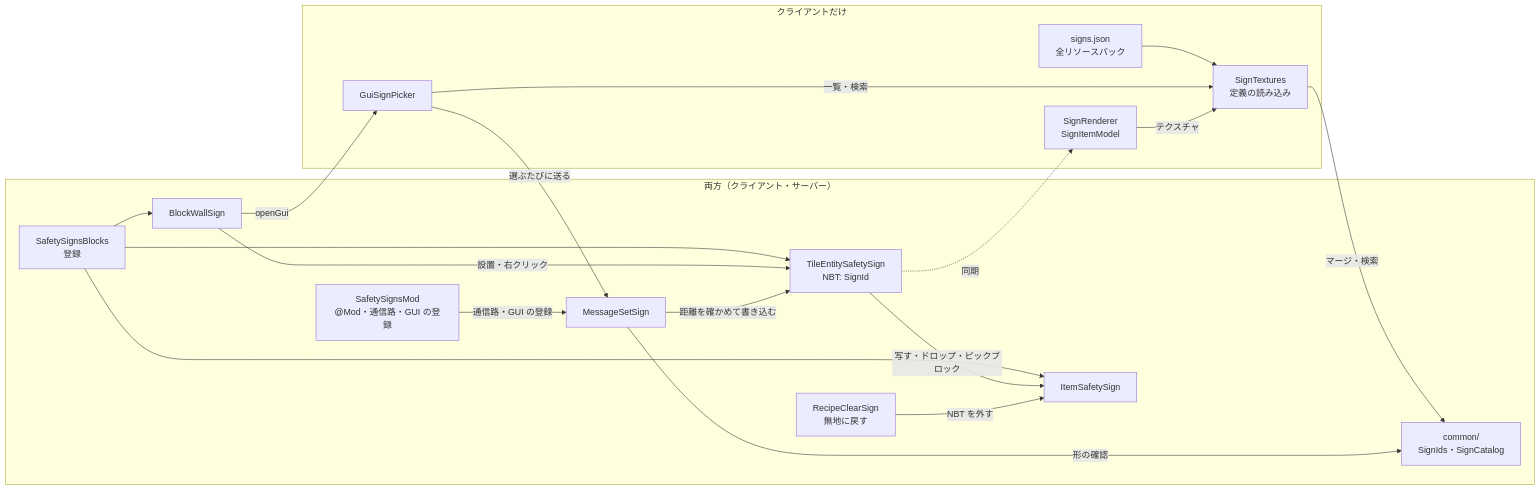
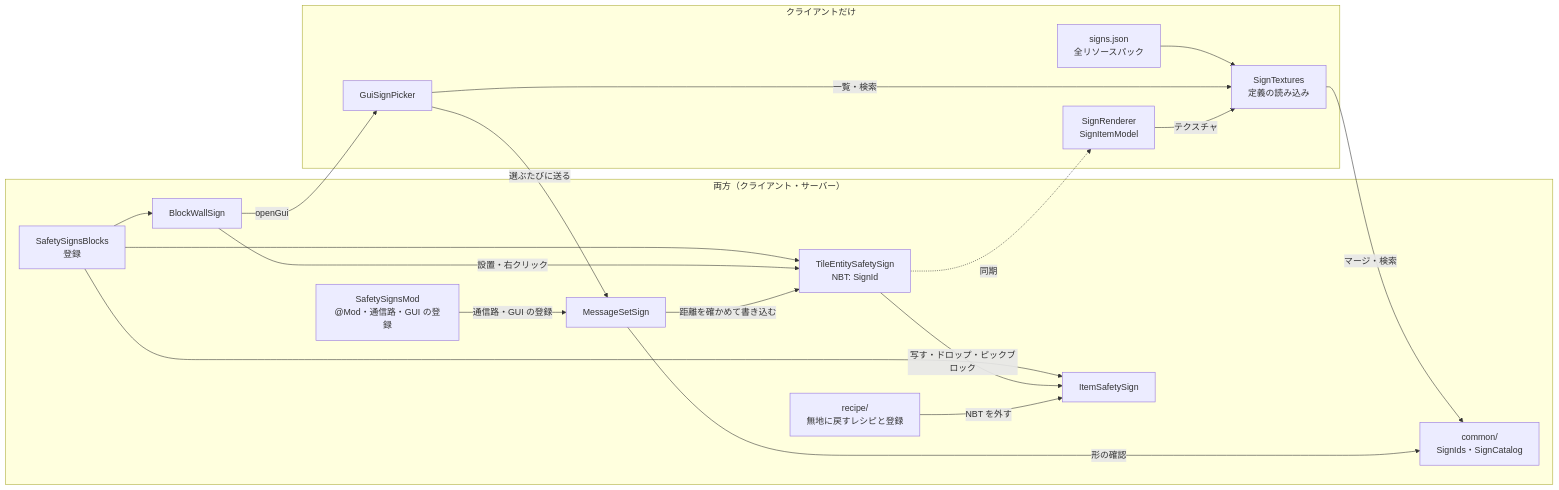
One commit to zeusisgood/safetysigns changed the first of 2 diagrams in doc/architecture.md. Above: the diagram before and after it, drawn with Mermaid. The commit also changed 1 other file, not shown here.

Commit message:
Update diagrams for the empty-hand path and the recipe package
Claude-Session: https://claude.ai/code/session_015J4nBUDFnxmCaAcptkWtHY

````diff
--- a/doc/architecture.md
+++ b/doc/architecture.md
@@ -29,35 +29,35 @@
 ```mermaid
 flowchart LR
     subgraph Both["両方（クライアント・サーバー）"]
         Mod["SafetySignsMod<br/>@Mod・通信路・GUI の登録"]
         Reg["SafetySignsBlocks<br/>登録"]
         Block["BlockWallSign"]
         Item["ItemSafetySign"]
         TE["TileEntitySafetySign<br/>NBT: SignId"]
         Msg["MessageSetSign"]
         Common["common/<br/>SignIds・SignCatalog"]
-        Recipe["RecipeClearSign<br/>無地に戻す"]
+        Recipe["recipe/<br/>無地に戻すレシピと登録"]
     end
     subgraph Client["クライアントだけ"]
         Tex["SignTextures<br/>定義の読み込み"]
         Json["signs.json<br/>全リソースパック"]
         Render["SignRenderer<br/>SignItemModel"]
         Gui["GuiSignPicker"]
     end
     Mod -- 通信路・GUI の登録 --> Msg
     Reg --> Block
     Reg --> Item
     Reg --> TE
     Block -- 設置・右クリック --> TE
     TE -- 写す・ドロップ・ピックブロック --> Item
     Recipe -- NBT を外す --> Item
     Block -- openGui --> Gui
     Json --> Tex
     Tex -- マージ・検索 --> Common
     Gui -- 一覧・検索 --> Tex
     Gui -- 選ぶたびに送る --> Msg
     Msg -- 形の確認 --> Common
     Msg -- 距離を確かめて書き込む --> TE
     TE -. 同期 .-> Render
     Render -- テクスチャ --> Tex
 ```
````
